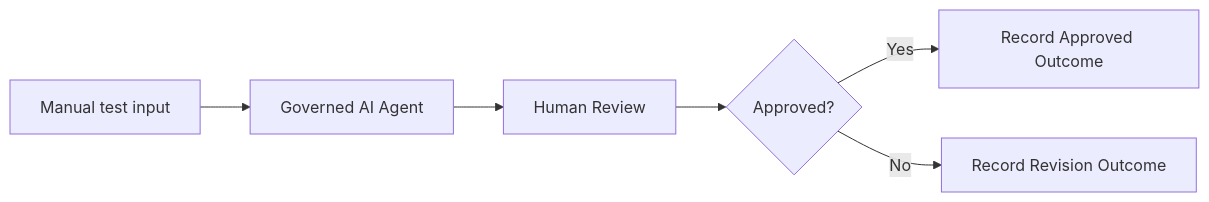
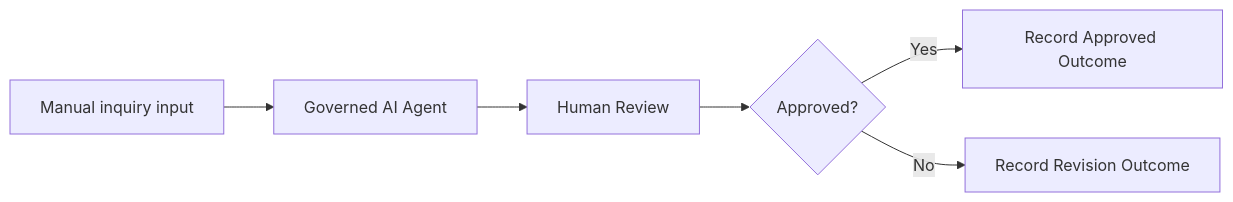
Before and after one commit to shalineesinghvit12-source/legal-ai-transformation-hub: the diagram in README.md, drawn with Mermaid. The commit also changed other lines of this file and 46 other files, not shown here.

```diff
--- a/README.md
+++ b/README.md
@@ -32,8 +13,8 @@
 ~~~mermaid
 flowchart LR
-    A["Manual test input"] --> B["Governed AI Agent"]
+    A["Manual inquiry input"] --> B["Governed AI Agent"]
     B --> C["Human Review"]
     C --> D{"Approved?"}
     D -->|Yes| E["Record Approved Outcome"]
     D -->|No| F["Record Revision Outcome"]
 ~~~
```
